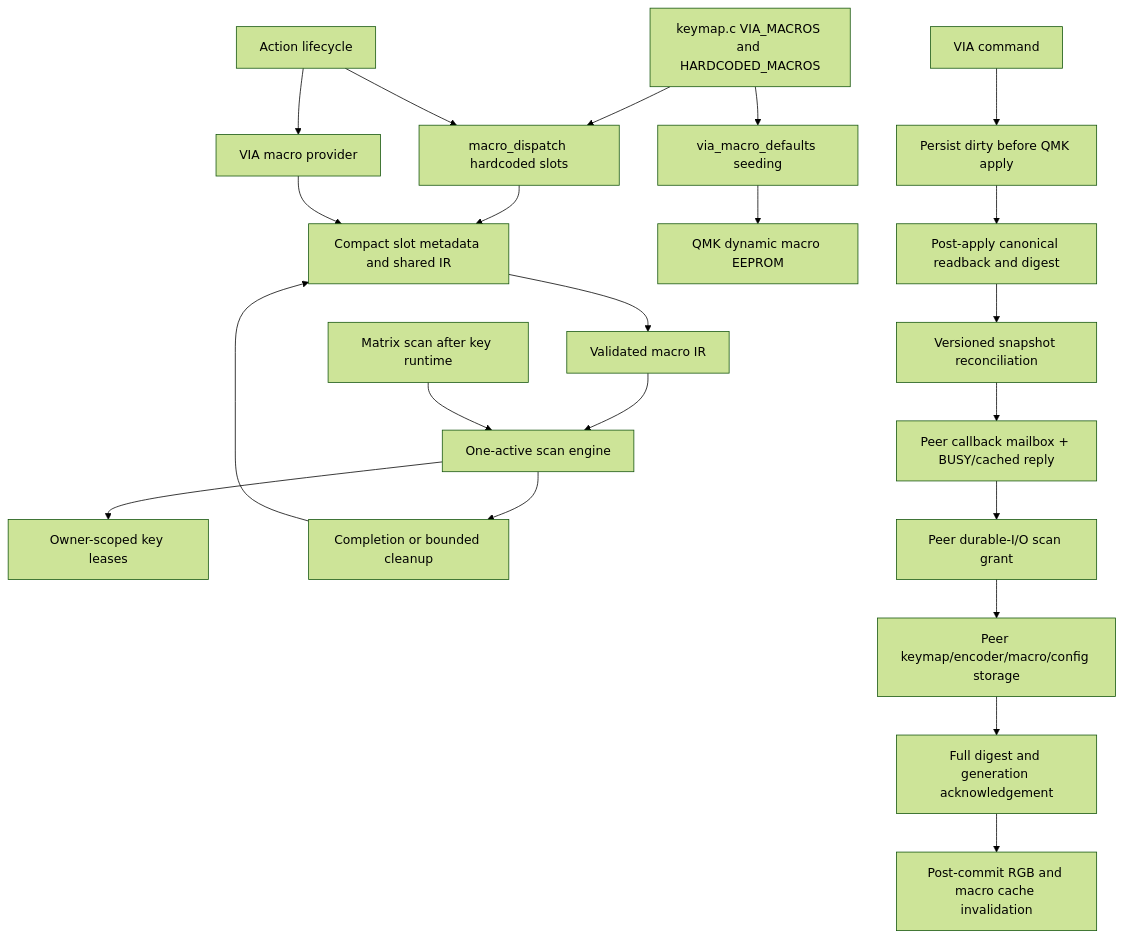
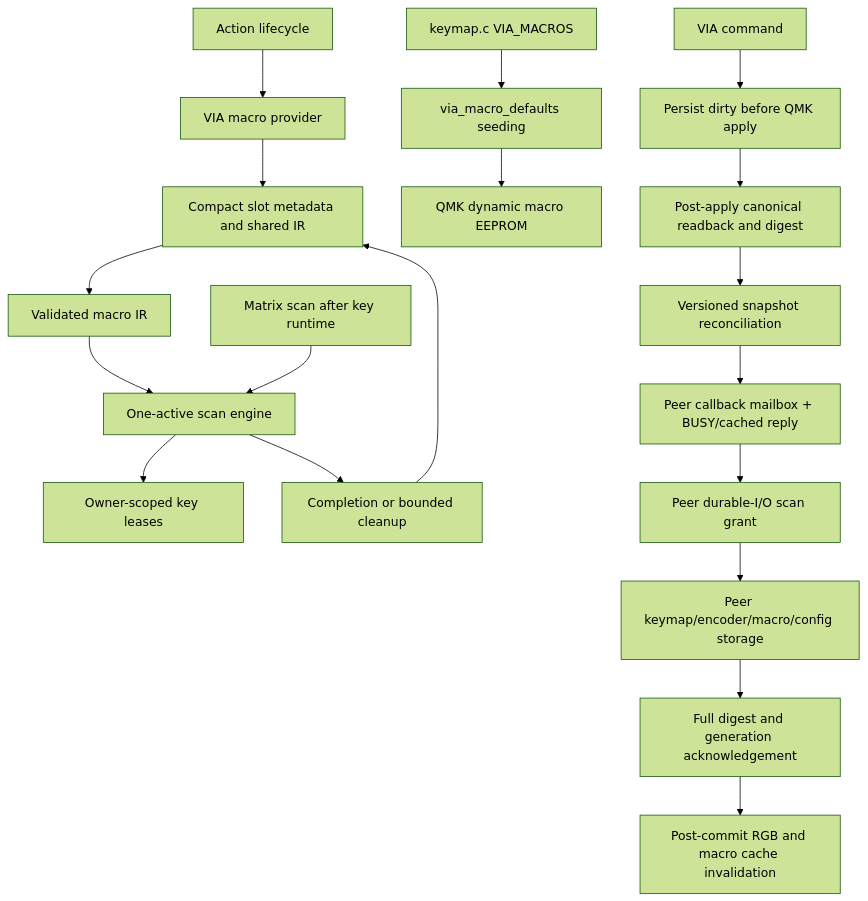
Before and after one commit to NoahCLR/charybdis-4x6: the ninth of 11 diagrams in docs/architecture/runtime-flow.md, drawn with Mermaid (forest theme). The commit also changed other lines of this file and 54 other files, not shown here.

````diff
--- a/docs/architecture/runtime-flow.md
+++ b/docs/architecture/runtime-flow.md
@@ -252,24 +252,21 @@
 ```mermaid
 flowchart TD
-    keymap["keymap.c VIA_MACROS and HARDCODED_MACROS"] --> hardcoded["macro_dispatch hardcoded slots"]
-    keymap --> via_defaults["via_macro_defaults seeding"]
+    keymap["keymap.c VIA_MACROS"] --> via_defaults["via_macro_defaults seeding"]
     action["Action lifecycle"] --> via_play["VIA macro provider"]
-    action --> hardcoded
-    hardcoded --> provider["Compact slot metadata and shared IR"]
-    via_play --> provider
+    via_play --> provider["Compact slot metadata and shared IR"]
     provider --> payload["Validated macro IR"]
     payload --> engine["One-active scan engine"]
     scan["Matrix scan after key runtime"] --> engine
     engine --> leases["Owner-scoped key leases"]
     engine --> finish["Completion or bounded cleanup"]
     finish --> provider
     via_defaults --> storage["QMK dynamic macro EEPROM"]
     via_command["VIA command"] --> dirty["Persist dirty before QMK apply"]
     dirty --> committed["Post-apply canonical readback and digest"]
     committed --> via_split["Versioned snapshot reconciliation"]
     via_split --> callback["Peer callback mailbox + BUSY/cached reply"]
     callback --> scheduler["Peer durable-I/O scan grant"]
     scheduler --> slave["Peer keymap/encoder/macro/config storage"]
     slave --> verify["Full digest and generation acknowledgement"]
     verify --> rgb_invalidate["Post-commit RGB and macro cache invalidation"]
 ```
````
